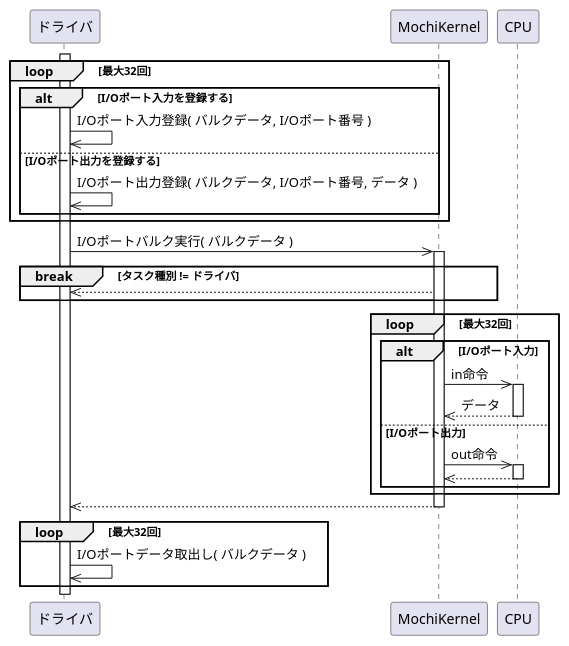
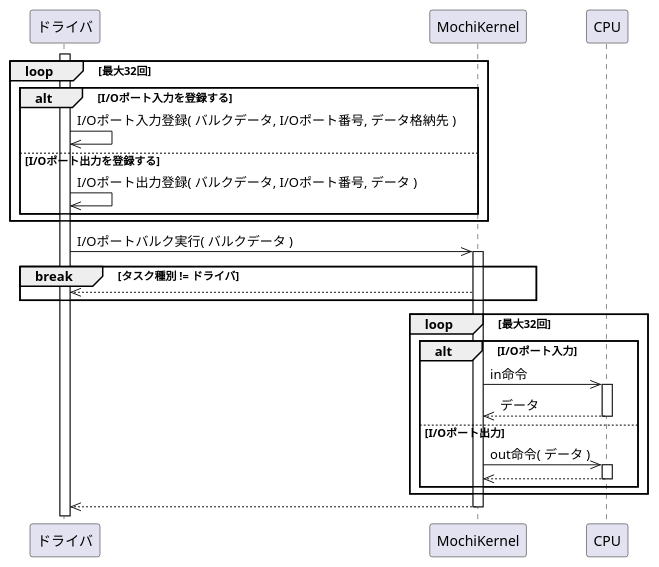
Before and after one commit to MasterMochi/MochiKernel: the diagram in docs/docs/external/io/bulk.puml, drawn with PlantUML. The commit also changed 8 other files, not shown here.

```diff
--- a/docs/docs/external/io/bulk.puml
+++ b/docs/docs/external/io/bulk.puml
@@ -1,45 +1,41 @@
 @startuml
 
 participant "ドライバ"    as driver
 participant "MochiKernel" as kernel
 participant "CPU"         as cpu
 
 activate driver
 
 loop 最大32回
     alt I/Oポート入力を登録する
-        driver ->> driver: I/Oポート入力登録( バルクデータ, I/Oポート番号 )
+        driver ->> driver: I/Oポート入力登録( バルクデータ, I/Oポート番号, データ格納先 )
     else I/Oポート出力を登録する
         driver ->> driver: I/Oポート出力登録( バルクデータ, I/Oポート番号, データ )
     end
 end
 
 driver ->> kernel: I/Oポートバルク実行( バルクデータ )
 activate kernel
 
 break タスク種別 != ドライバ
     driver <<-- kernel:
 end
 
 loop 最大32回
     alt I/Oポート入力
         kernel ->> cpu: in命令
         activate cpu
         kernel <<-- cpu: データ
         deactivate cpu
     else I/Oポート出力
-        kernel ->> cpu: out命令
+        kernel ->> cpu: out命令( データ )
         activate cpu
         kernel <<-- cpu:
         deactivate cpu
     end
 end
 
 driver <<-- kernel:
 deactivate kernel
 
-loop 最大32回
-    driver ->> driver: I/Oポートデータ取出し( バルクデータ )
-end
-
 @enduml
```
